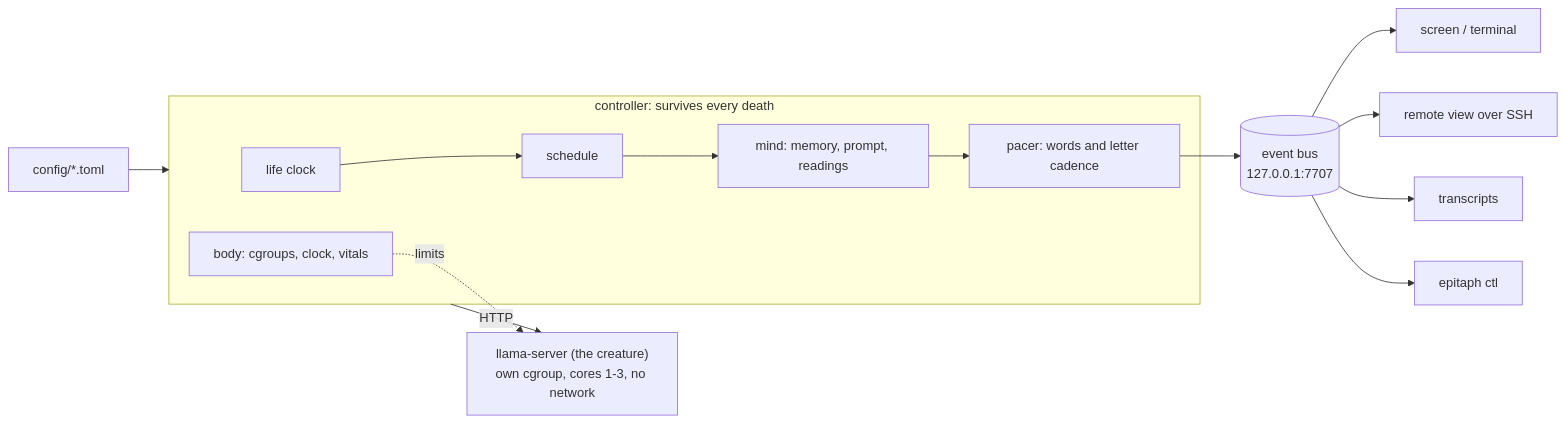
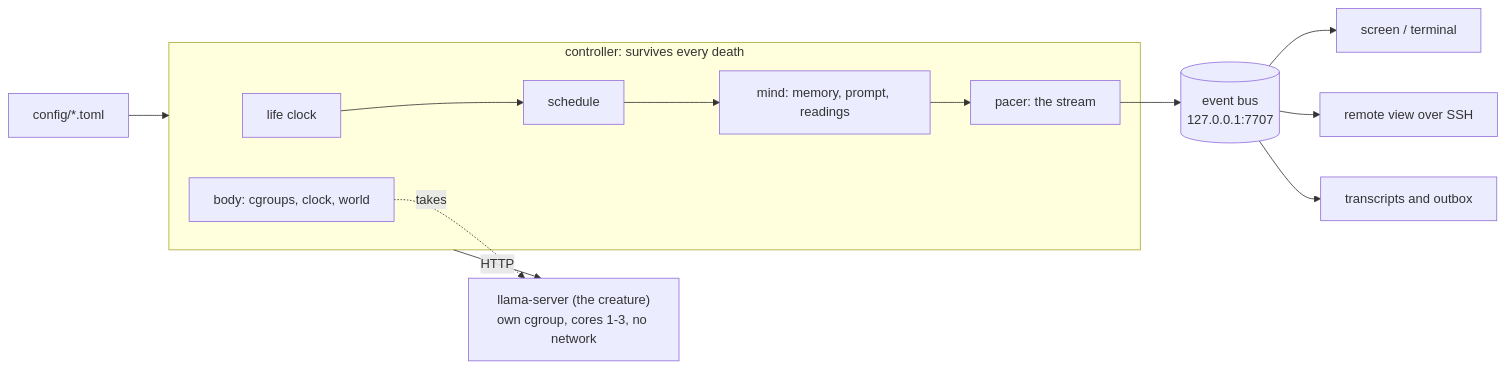
One commit to yannickYamo/epitaph changed the diagram in README.md. Above: the diagram before and after it, drawn with Mermaid. The commit also changed other lines of this file, not shown here.

````diff
--- a/README.md
+++ b/README.md
@@ -101,17 +165,16 @@
 ```mermaid
 flowchart LR
     cfg[config/*.toml] --> ctl
     subgraph ctl [controller: survives every death]
         clock[life clock] --> sched[schedule]
         sched --> mind[mind: memory, prompt, readings]
-        mind --> pace[pacer: words and letter cadence]
-        body[body: cgroups, clock, vitals]
+        mind --> pace[pacer: the stream]
+        body[body: cgroups, clock, world]
     end
     ctl -- HTTP --> creature["llama-server (the creature)<br>own cgroup, cores 1-3, no network"]
-    body -. limits .-> creature
+    body -. takes .-> creature
     pace --> bus[("event bus<br>127.0.0.1:7707")]
     bus --> disp[screen / terminal]
     bus --> remote[remote view over SSH]
-    bus --> tx[transcripts]
-    bus --> ctlcmd[epitaph ctl]
+    bus --> tx[transcripts and outbox]
 ```
````
